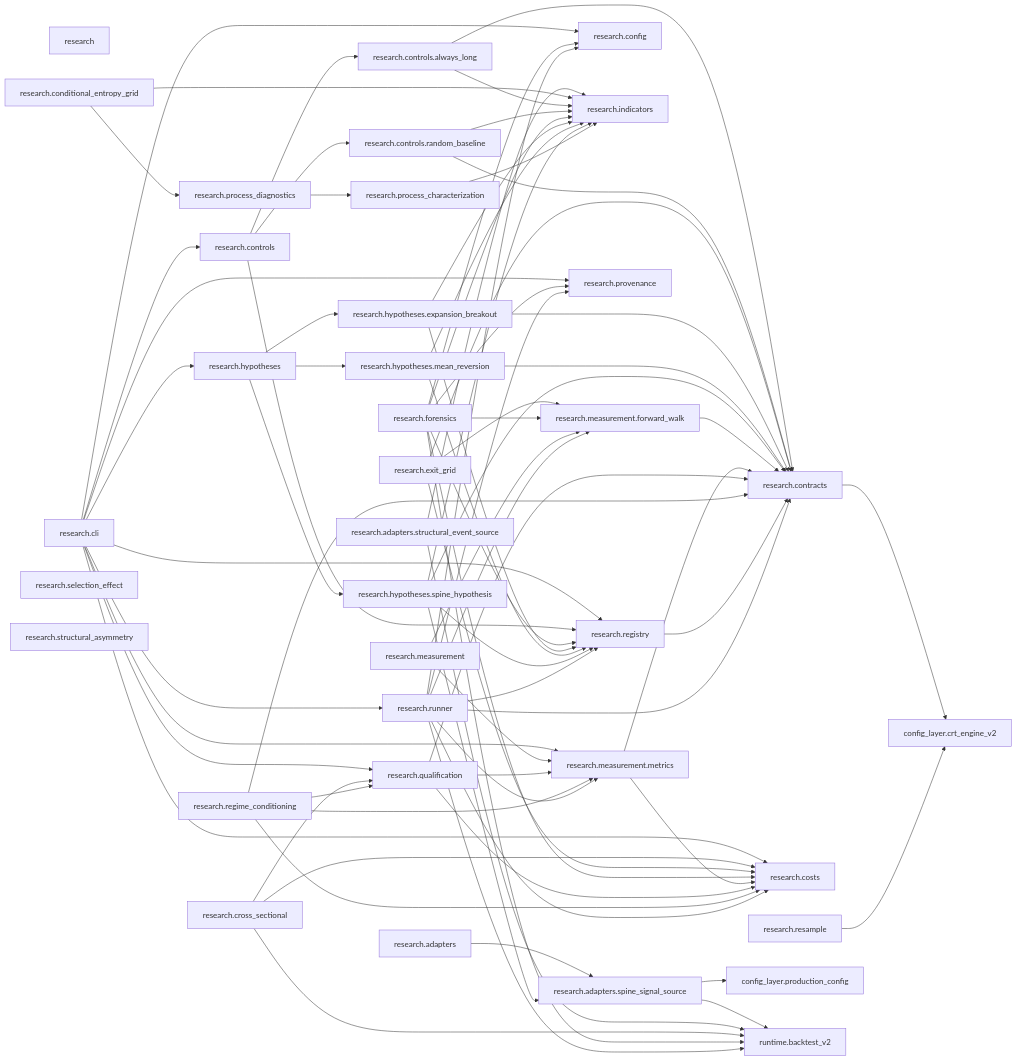
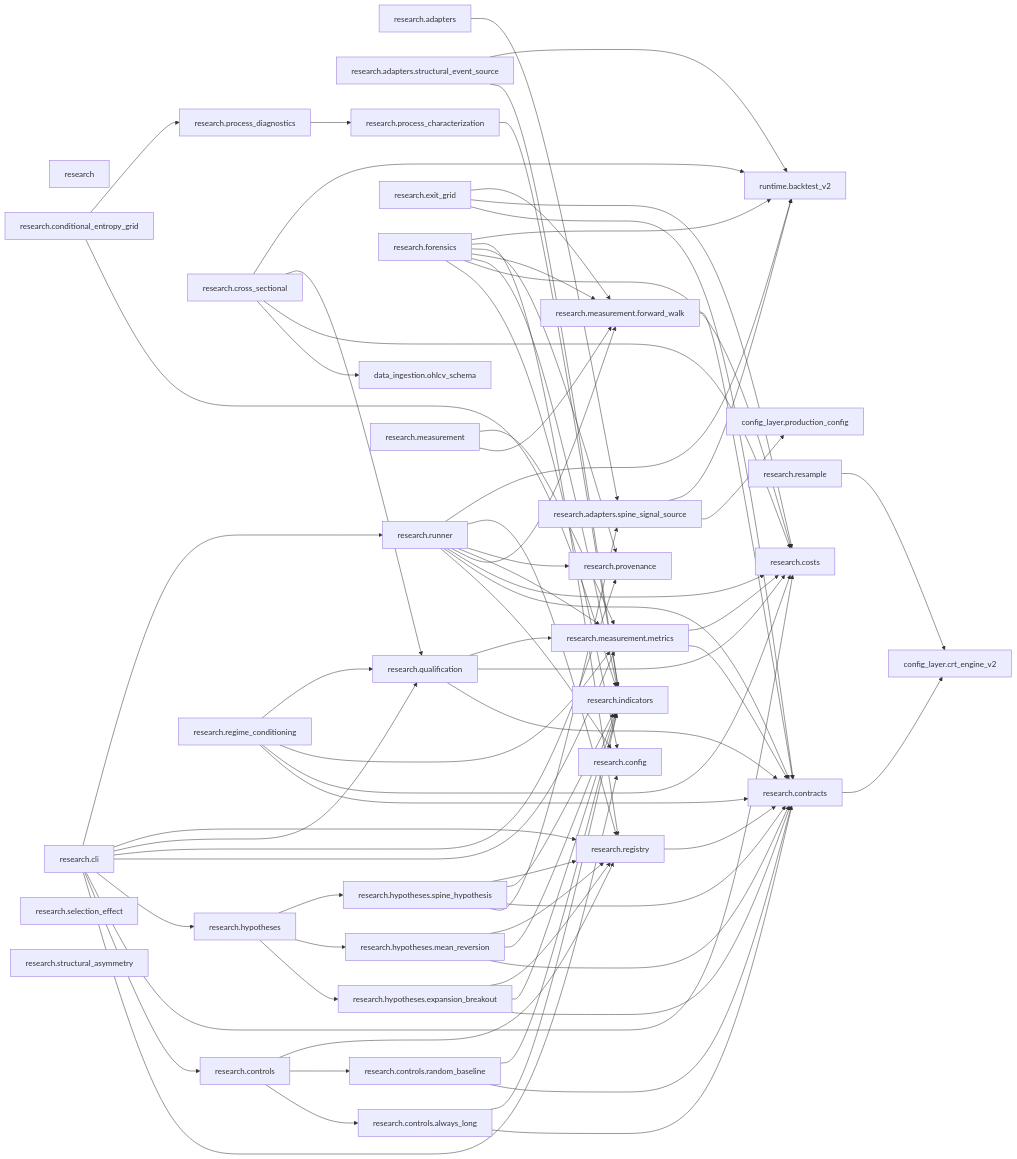
Before and after one commit to Chaithu1995-0312/TradeHlt: diagram 27 of 35 in docs/architecture/code-map.generated.md, drawn with Mermaid. The commit also changed other lines of this file and 20 other files, not shown here.

First line of the commit message:
feat(flow-context): M2 analyst report + M2P pluggable providers + M5 workflow-node Context

```diff
--- a/docs/architecture/code-map.generated.md
+++ b/docs/architecture/code-map.generated.md
@@ -954,6 +960,7 @@
     research_structural_asymmetry["research.structural_asymmetry"]
     config_layer_crt_engine_v2["config_layer.crt_engine_v2"]
     config_layer_production_config["config_layer.production_config"]
+    data_ingestion_ohlcv_schema["data_ingestion.ohlcv_schema"]
     runtime_backtest_v2["runtime.backtest_v2"]
     research_adapters --> research_adapters_spine_signal_source
     research_adapters_spine_signal_source --> config_layer_production_config
@@ -979,6 +986,7 @@
     research_controls_always_long --> research_indicators
     research_controls_random_baseline --> research_contracts
     research_controls_random_baseline --> research_indicators
+    research_cross_sectional --> data_ingestion_ohlcv_schema
     research_cross_sectional --> research_costs
     research_cross_sectional --> research_qualification
     research_cross_sectional --> runtime_backtest_v2
```
